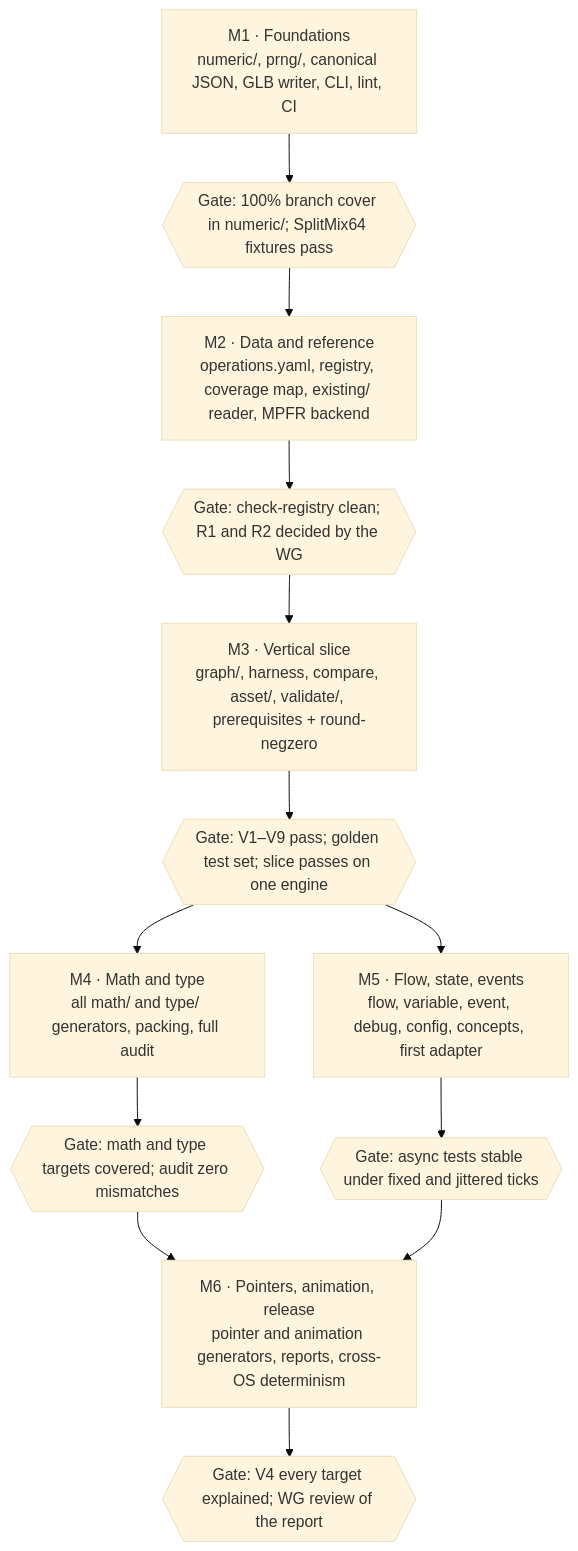
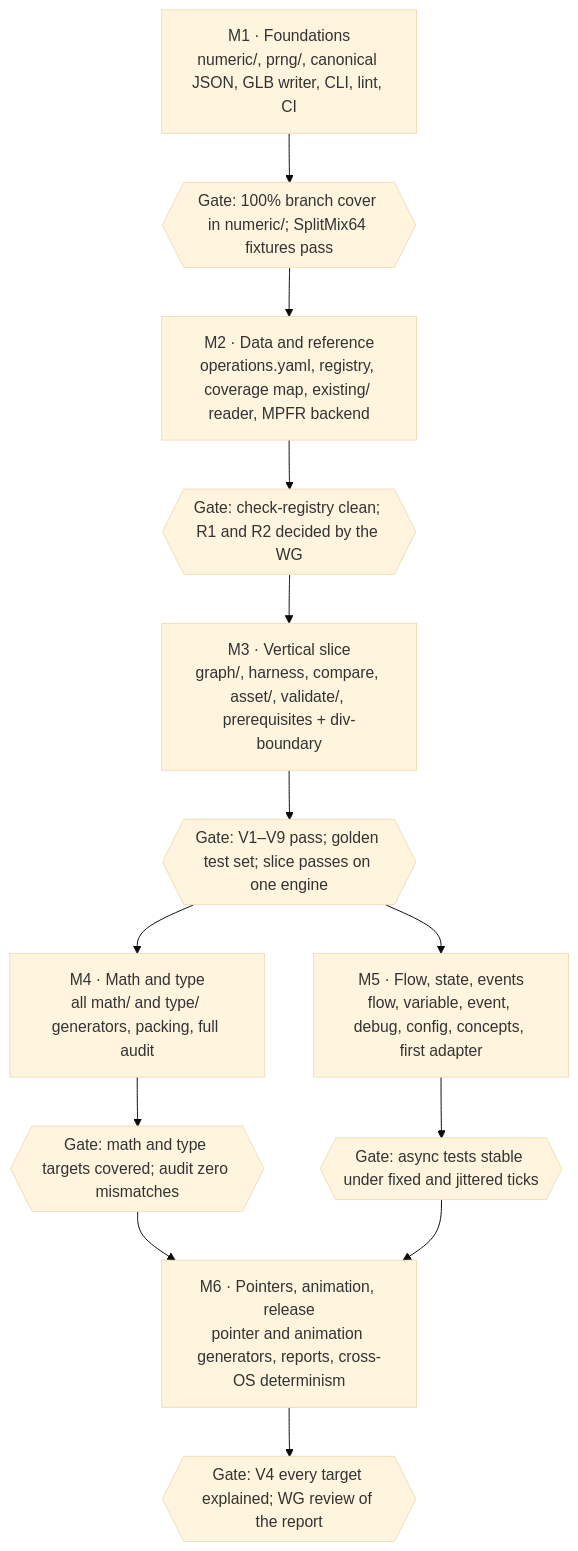
One commit to DRx3D/glTF-Test-Assets-Interactivity changed the second of 2 diagrams in Documents/KHR_interactivity_test_generator_typescript_spec.md. Above: the diagram before and after it, drawn with Mermaid (base theme). The commit also changed other lines of this file and 3 other files, not shown here.

````diff
--- a/Documents/KHR_interactivity_test_generator_typescript_spec.md
+++ b/Documents/KHR_interactivity_test_generator_typescript_spec.md
@@ -717,11 +720,11 @@
 ```mermaid
 flowchart TD
   M1["M1 · Foundations<br/>numeric/, prng/, canonical JSON, GLB writer, CLI, lint, CI"] --> G1{{"Gate: 100% branch cover in numeric/; SplitMix64 fixtures pass"}}
   G1 --> M2["M2 · Data and reference<br/>operations.yaml, registry, coverage map, existing/ reader, MPFR backend"] --> G2{{"Gate: check-registry clean; R1 and R2 decided by the WG"}}
-  G2 --> M3["M3 · Vertical slice<br/>graph/, harness, compare, asset/, validate/, prerequisites + round-negzero"] --> G3{{"Gate: V1–V9 pass; golden test set; slice passes on one engine"}}
+  G2 --> M3["M3 · Vertical slice<br/>graph/, harness, compare, asset/, validate/, prerequisites + div-boundary"] --> G3{{"Gate: V1–V9 pass; golden test set; slice passes on one engine"}}
   G3 --> M4["M4 · Math and type<br/>all math/ and type/ generators, packing, full audit"] --> G4{{"Gate: math and type targets covered; audit zero mismatches"}}
   G3 --> M5["M5 · Flow, state, events<br/>flow, variable, event, debug, config, concepts, first adapter"] --> G5{{"Gate: async tests stable under fixed and jittered ticks"}}
   G4 --> M6["M6 · Pointers, animation, release<br/>pointer and animation generators, reports, cross-OS determinism"]
   G5 --> M6
   M6 --> G6{{"Gate: V4 every target explained; WG review of the report"}}
 ```
````
